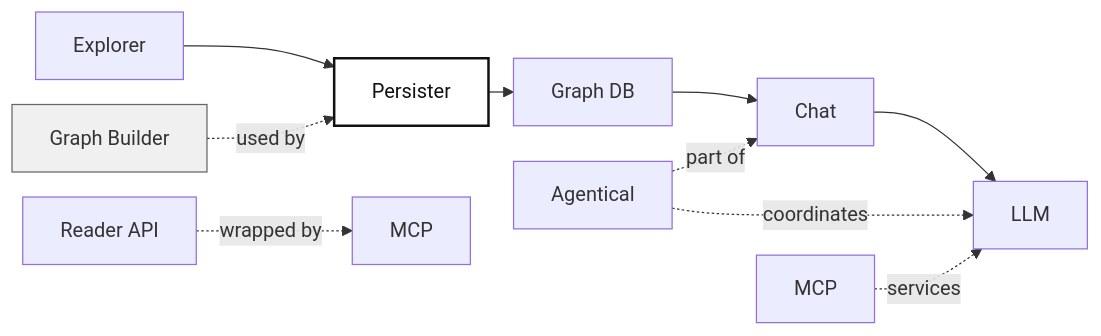
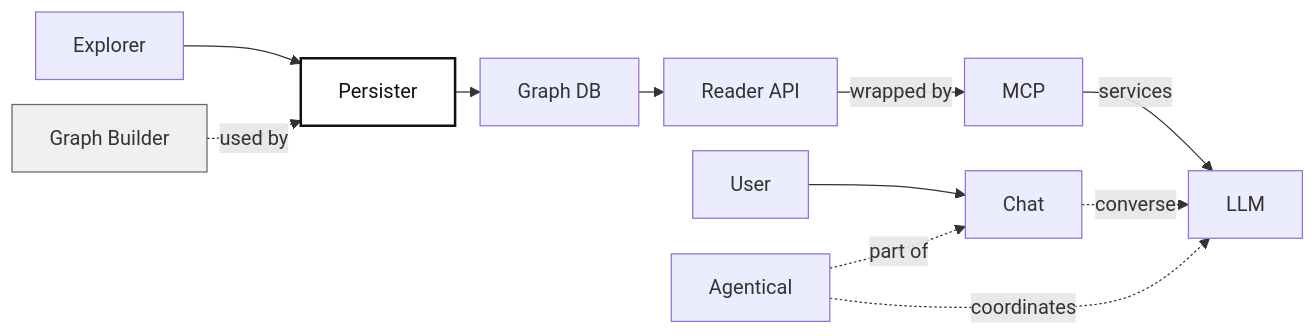
The diagram in README.md (beanone/graph_persister), drawn with Mermaid before and after one commit.

````diff
--- a/README.md
+++ b/README.md
@@ -11,19 +11,18 @@
 ```mermaid
 %%{init: {'flowchart': {'nodeSpacing': 20, 'rankSpacing': 20}} }%%
 flowchart LR
     A[Explorer] --> B[Persister]
     B --> C[Graph DB]
-    C --> T[Chat]
-    T --> L[LLM]
+    C --> D[Reader API]
+    D -->|wrapped by| E[MCP]
+    E -->|services| L[LLM]
 
     G[Graph Builder] -.->|used by| B
+    User --> T[Chat]
     F[Agentical] -.->|part of| T
-    F -.->|coordinates| L
-    E[MCP] -.->|services| L
-    D[Reader API] -.->|wrapped by| MCP
-    
-    
+    T -.->|converse| L
+    F -.->|coordinates| L    
 
     style B fill:#fff,stroke:#111,stroke-width:2px,color:#111
     style G fill:#f0f0f0,stroke:#666,stroke-width:1px,color:#333
 ```
````
